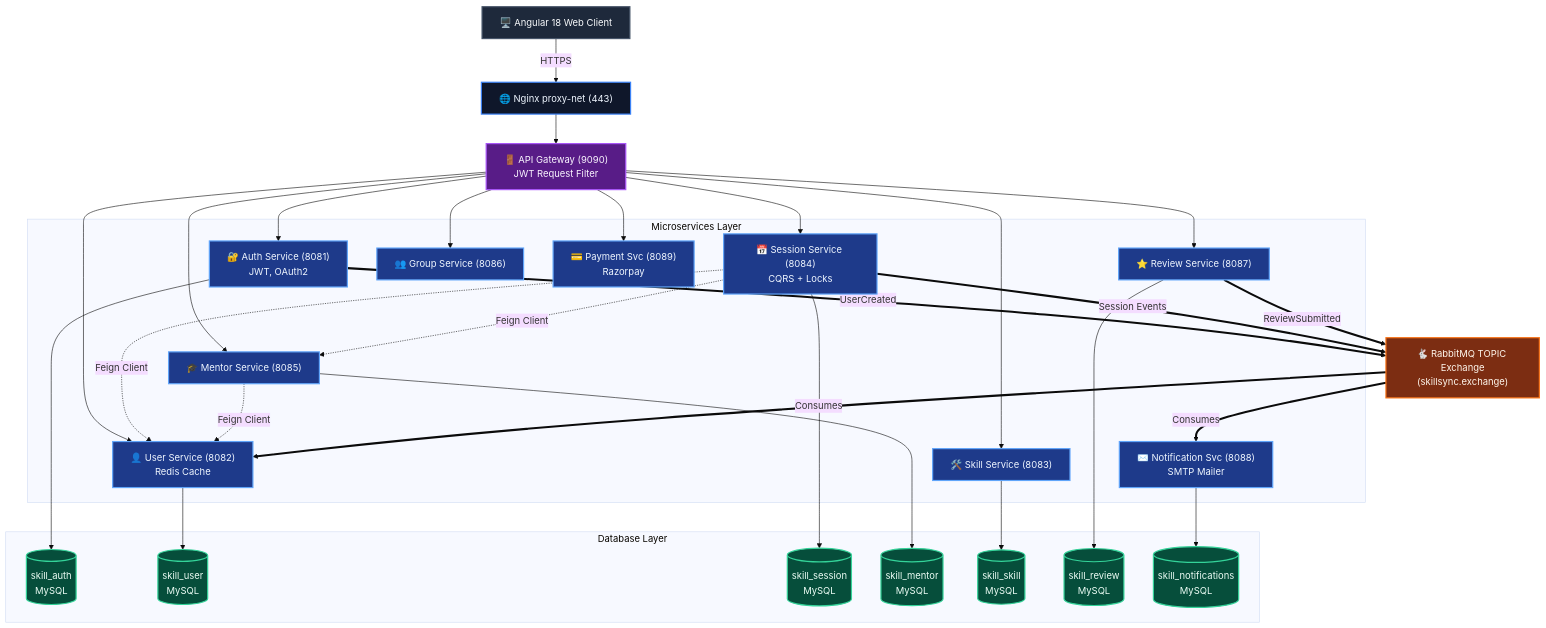
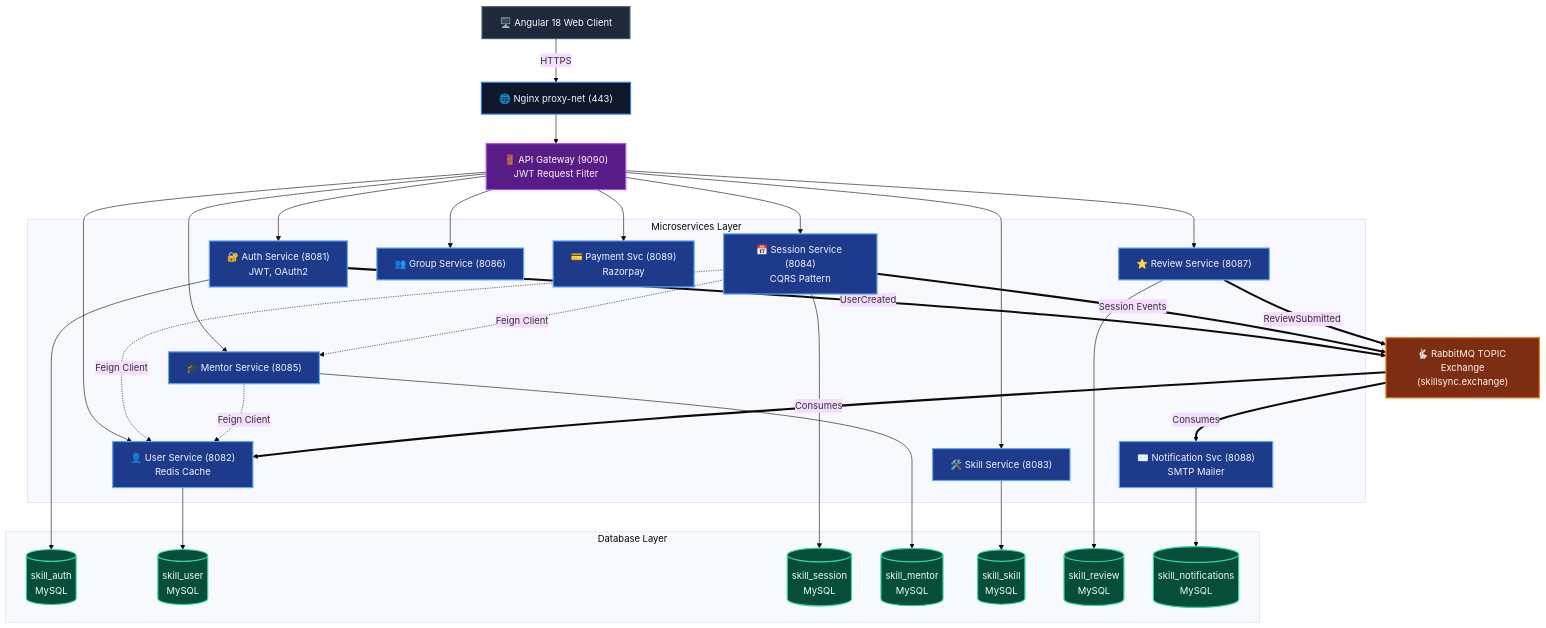
Before and after one commit to SriramAkula/SkillSync: the diagram in understanding/LLD.md, drawn with Mermaid (base theme). The commit also changed other lines of this file and 31 other files, not shown here.

````diff
--- a/understanding/LLD.md
+++ b/understanding/LLD.md
@@ -17,77 +17,77 @@
 ```mermaid
 graph TD
     %% Define Styles
     classDef client fill:#1e293b,stroke:#475569,stroke-width:2px,color:#f8fafc;
     classDef edge fill:#0f172a,stroke:#3b82f6,stroke-width:2px,color:#eff6ff;
     classDef gateway fill:#581c87,stroke:#a855f7,stroke-width:2px,color:#faf5ff;
     classDef service fill:#1e3a8a,stroke:#60a5fa,stroke-width:2px,color:#eff6ff;
     classDef eventbus fill:#7c2d12,stroke:#f97316,stroke-width:2px,color:#fff7ed;
     classDef db fill:#064e3b,stroke:#34d399,stroke-width:2px,color:#ecfdf5;
 
     %% Layers
     CLIENT["🖥️ Angular 18 Web Client"]:::client
     NGINX["🌐 Nginx proxy-net (443)"]:::edge
     API["🚪 API Gateway (9090)<br/>JWT Request Filter"]:::gateway
 
     %% Event Bus
     RABBIT["🐇 RabbitMQ TOPIC Exchange<br/>(skillsync.exchange)"]:::eventbus
 
     %% Services Layer
     subgraph Microservices Layer
         AUTH["🔐 Auth Service (8081)<br/>JWT, OAuth2"]:::service
         USER["👤 User Service (8082)<br/>Redis Cache"]:::service
-        SESSION["📅 Session Service (8084)<br/>CQRS + Locks"]:::service
+        SESSION["📅 Session Service (8084)<br/>CQRS Pattern"]:::service
         MENTOR["🎓 Mentor Service (8085)"]:::service
         SKILL["🛠️ Skill Service (8083)"]:::service
         REVIEW["⭐ Review Service (8087)"]:::service
         GROUP["👥 Group Service (8086)"]:::service
         NOTIF["✉️ Notification Svc (8088)<br/>SMTP Mailer"]:::service
         PAY["💳 Payment Svc (8089)<br/>Razorpay"]:::service
     end
 
     %% Databases
     subgraph Database Layer
         DB_AUTH[("skill_auth<br/>MySQL")]:::db
         DB_USER[("skill_user<br/>MySQL")]:::db
         DB_SESS[("skill_session<br/>MySQL")]:::db
         DB_MENTOR[("skill_mentor<br/>MySQL")]:::db
         DB_SKILL[("skill_skill<br/>MySQL")]:::db
         DB_REVIEW[("skill_review<br/>MySQL")]:::db
         DB_NOTIF[("skill_notifications<br/>MySQL")]:::db
     end
 
     %% Inter-service Connections
     CLIENT -->|HTTPS| NGINX
     NGINX --> API
     
     API --> AUTH
     API --> USER
     API --> SESSION
     API --> MENTOR
     API --> SKILL
     API --> REVIEW
     API --> GROUP
     API --> PAY
 
     %% Feign Call Links
     SESSION -. "Feign Client" .-> USER
     SESSION -. "Feign Client" .-> MENTOR
     MENTOR -. "Feign Client" .-> USER
 
     %% DB connections
     AUTH --> DB_AUTH
     USER --> DB_USER
     SESSION --> DB_SESS
     MENTOR --> DB_MENTOR
     SKILL --> DB_SKILL
     REVIEW --> DB_REVIEW
     NOTIF --> DB_NOTIF
 
     %% Event Connections
     AUTH == "UserCreated" ==> RABBIT
     SESSION == "Session Events" ==> RABBIT
     REVIEW == "ReviewSubmitted" ==> RABBIT
     
     RABBIT == "Consumes" ==> NOTIF
     RABBIT == "Consumes" ==> USER
 ```
````
